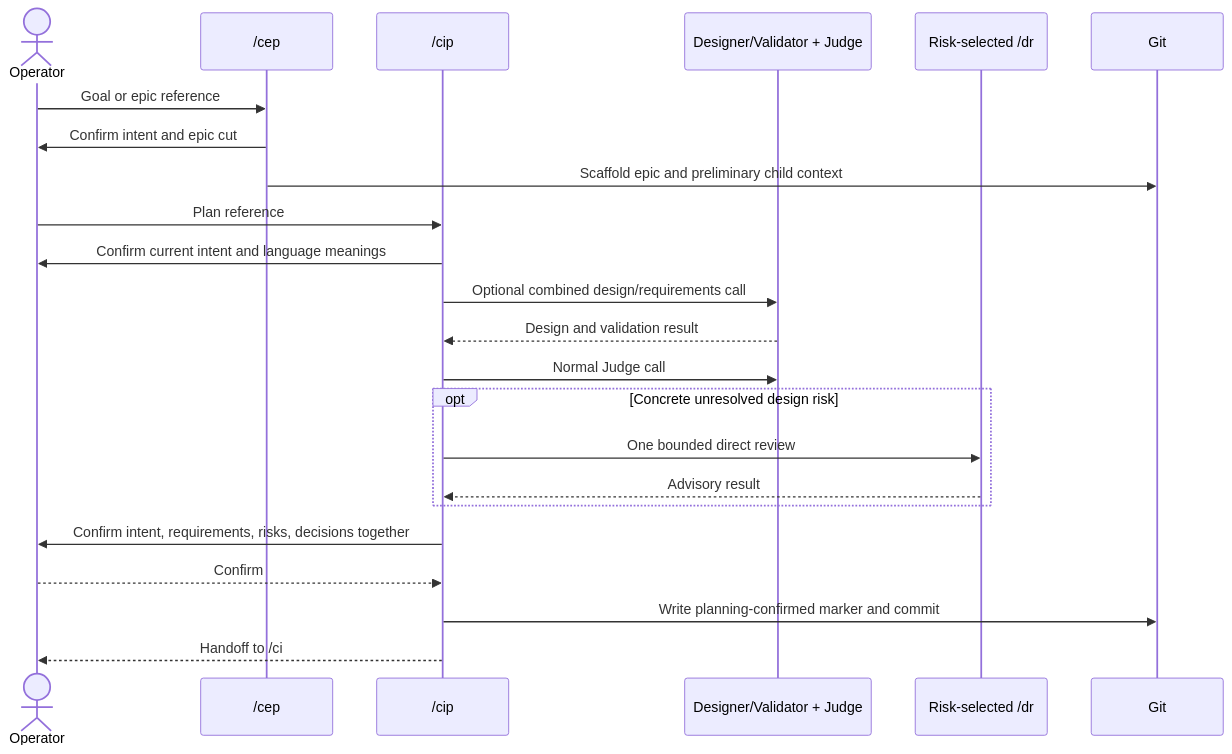
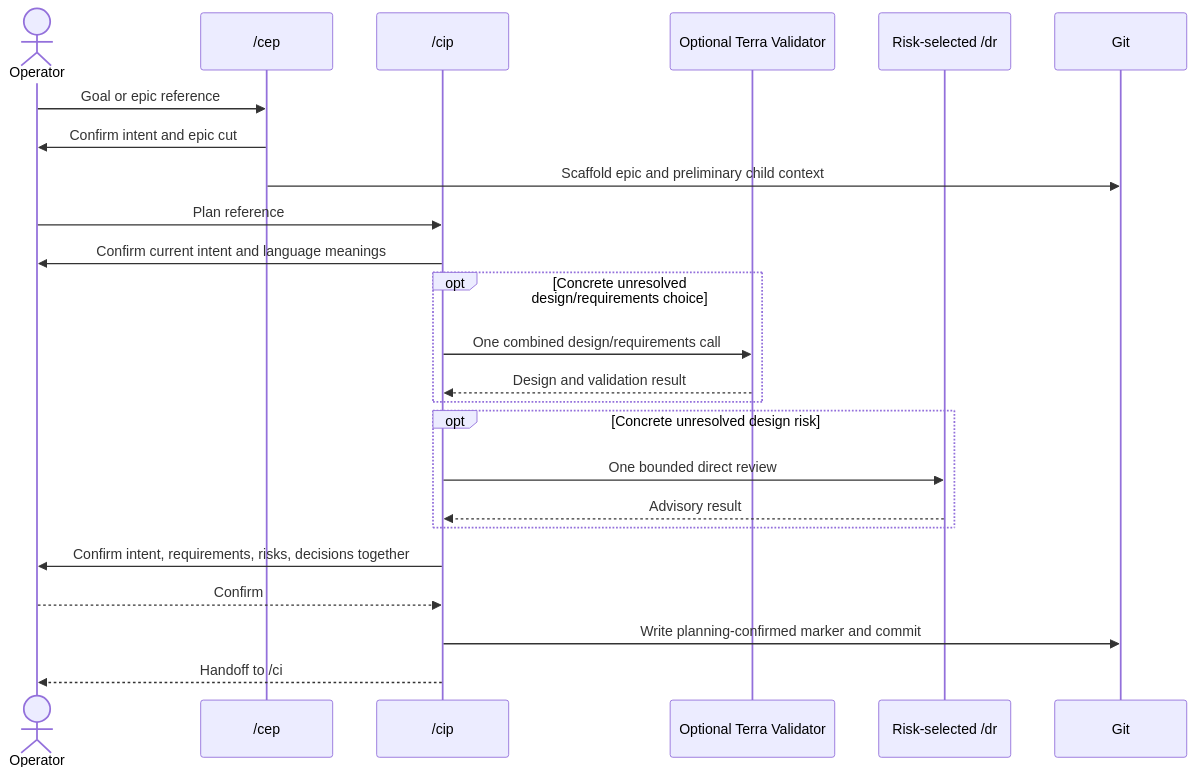
Before and after one commit to jIRI-san/skalary: the first of 2 diagrams in docs/operator-guide/planning.md, drawn with Mermaid. The commit also changed other lines of this file and 9 other files, not shown here.

````diff
--- a/docs/operator-guide/planning.md
+++ b/docs/operator-guide/planning.md
@@ -8,25 +8,26 @@
 ```mermaid
 sequenceDiagram
     actor Operator
     participant CEP as /cep
     participant CIP as /cip
-    participant Native as Designer/Validator + Judge
+    participant Native as Optional Terra Validator
     participant DR as Risk-selected /dr
     participant Git
     Operator->>CEP: Goal or epic reference
     CEP->>Operator: Confirm intent and epic cut
     CEP->>Git: Scaffold epic and preliminary child context
     Operator->>CIP: Plan reference
     CIP->>Operator: Confirm current intent and language meanings
-    CIP->>Native: Optional combined design/requirements call
-    Native-->>CIP: Design and validation result
-    CIP->>Native: Normal Judge call
+    opt Concrete unresolved design/requirements choice
+        CIP->>Native: One combined design/requirements call
+        Native-->>CIP: Design and validation result
+    end
     opt Concrete unresolved design risk
         CIP->>DR: One bounded direct review
         DR-->>CIP: Advisory result
     end
     CIP->>Operator: Confirm intent, requirements, risks, decisions together
     Operator-->>CIP: Confirm
     CIP->>Git: Write planning-confirmed marker and commit
     CIP-->>Operator: Handoff to /ci
 ```
````
